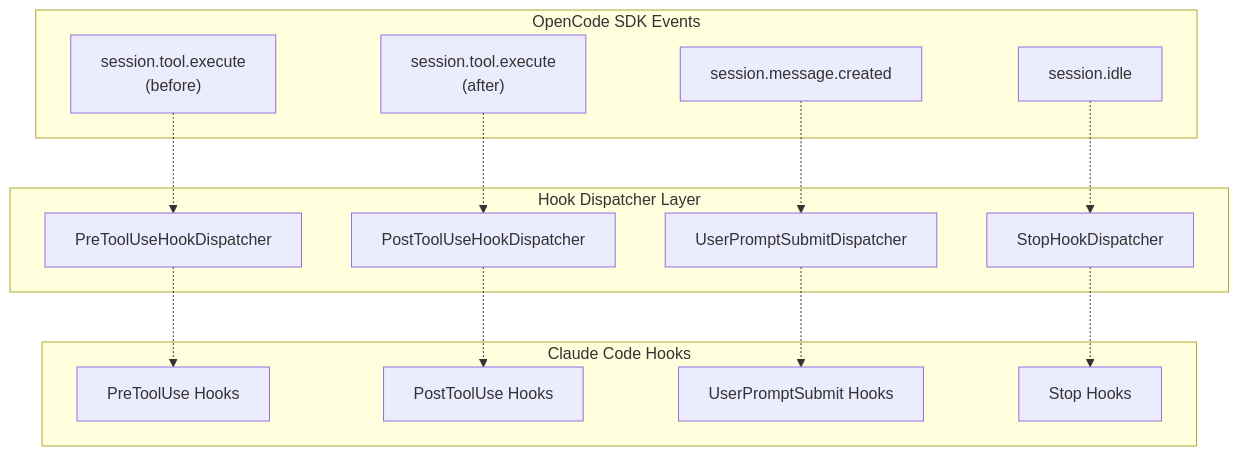
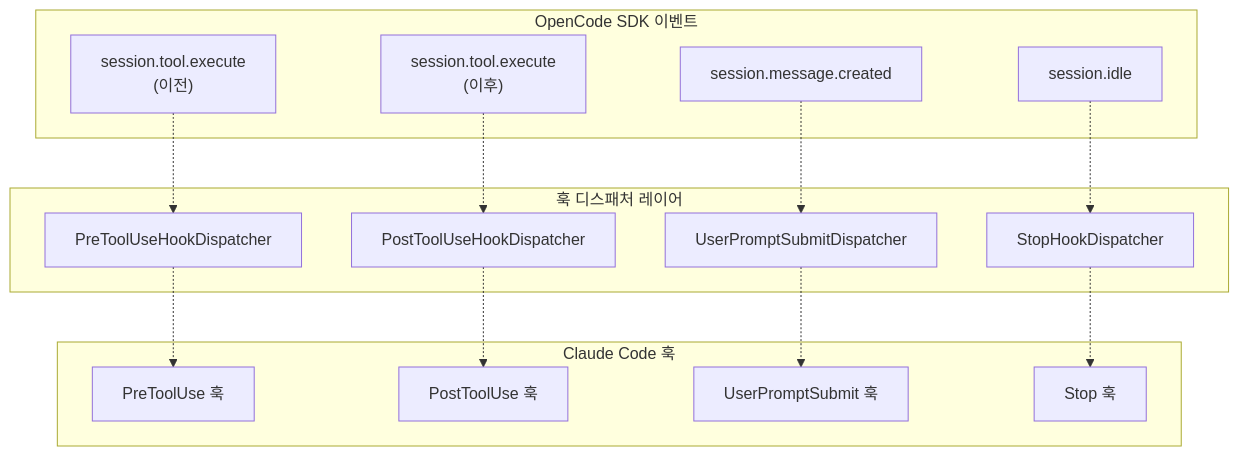
Before and after one commit to felipetruman/oh-my-opencode-docs: the third of 4 diagrams in docs/compatibility/hooks-integration.md, drawn with Mermaid. The commit also changed other lines of this file and 76 other files, not shown here.

````diff
--- a/docs/compatibility/hooks-integration.md
+++ b/docs/compatibility/hooks-integration.md
@@ -392,46 +392,46 @@
 ```mermaid
 flowchart TD
 
-A1["session.tool.execute<br>(before)"]
-A2["session.tool.execute<br>(after)"]
+A1["session.tool.execute<br>(이전)"]
+A2["session.tool.execute<br>(이후)"]
 A3["session.message.created"]
 A4["session.idle"]
 B1["PreToolUseHookDispatcher"]
 B2["PostToolUseHookDispatcher"]
 B3["UserPromptSubmitDispatcher"]
 B4["StopHookDispatcher"]
-C1["PreToolUse Hooks"]
-C2["PostToolUse Hooks"]
-C3["UserPromptSubmit Hooks"]
-C4["Stop Hooks"]
+C1["PreToolUse 훅"]
+C2["PostToolUse 훅"]
+C3["UserPromptSubmit 훅"]
+C4["Stop 훅"]
 
 A1 -.-> B1
 A2 -.-> B2
 A3 -.-> B3
 A4 -.-> B4
 B1 -.-> C1
 B2 -.-> C2
 B3 -.-> C3
 B4 -.-> C4
 
-subgraph subGraph2 ["Claude Code Hooks"]
+subgraph subGraph2 ["Claude Code 훅"]
     C1
     C2
     C3
     C4
 end
 
-subgraph subGraph1 ["Hook Dispatcher Layer"]
+subgraph subGraph1 ["훅 디스패처 레이어"]
     B1
     B2
     B3
     B4
 end
 
-subgraph subGraph0 ["OpenCode SDK Events"]
+subgraph subGraph0 ["OpenCode SDK 이벤트"]
     A1
     A2
     A3
     A4
 end
 ```
````
